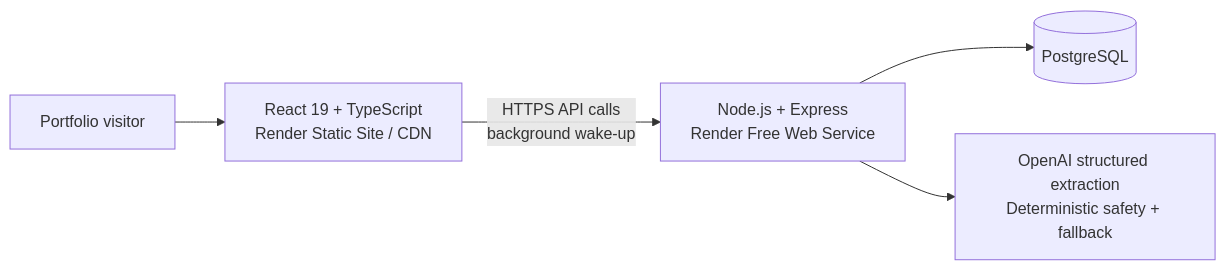
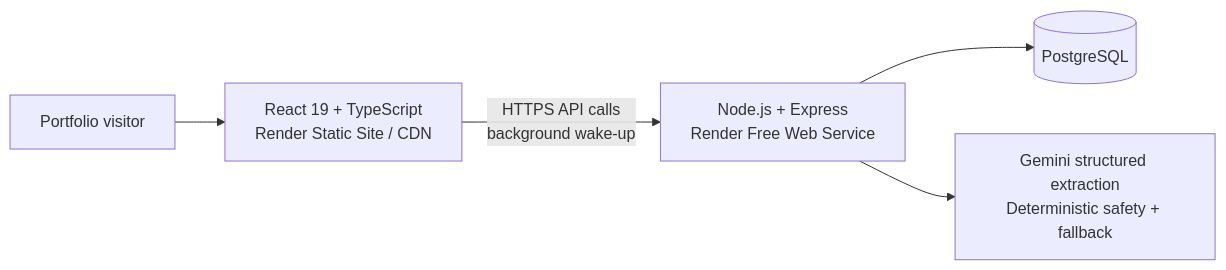
The second of 2 diagrams in README.md (DKon109/AI-chatbot), drawn with Mermaid before and after one commit. The commit also changed other lines of this file and 14 other files, not shown here.

Commit message:
Use Gemini for structured healthcare drafts

````diff
--- a/README.md
+++ b/README.md
@@ -56,7 +56,7 @@
 ```mermaid
 flowchart LR
     U["Portfolio visitor"] --> W["React 19 + TypeScript<br/>Render Static Site / CDN"]
     W -->|"HTTPS API calls<br/>background wake-up"| A["Node.js + Express<br/>Render Free Web Service"]
     A --> D[("PostgreSQL")]
-    A --> S["OpenAI structured extraction<br/>Deterministic safety + fallback"]
+    A --> S["Gemini structured extraction<br/>Deterministic safety + fallback"]
 ```
````
